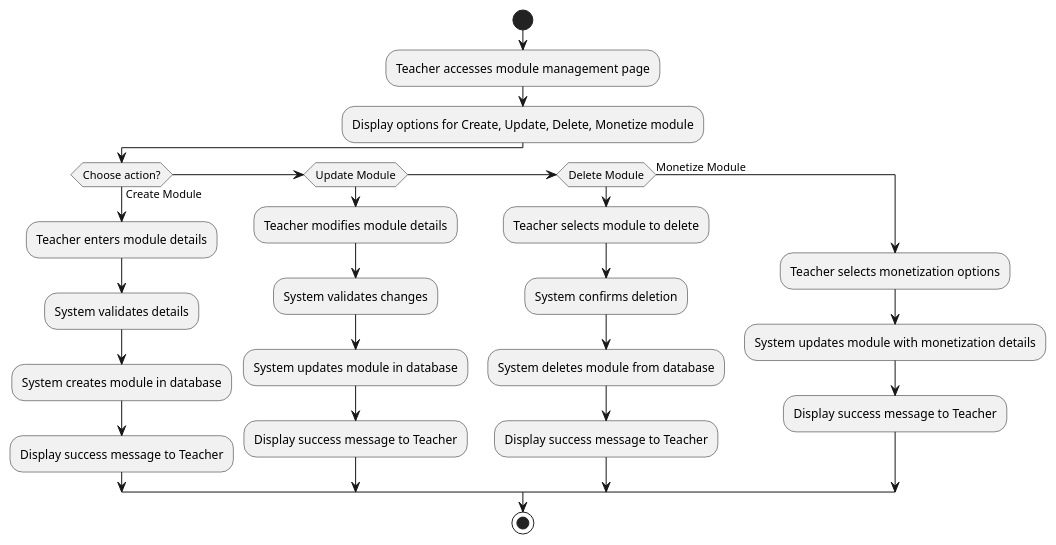
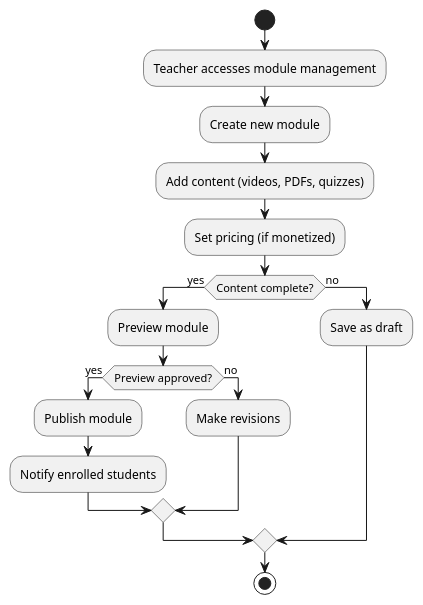
One commit to alexajuno/notes changed the diagram in projects/jamc/design/diagrams/module-management-activity-diagram.puml. Above: the diagram before and after it, drawn with PlantUML. The commit also changed 7 other files, not shown here.

```diff
--- a/projects/jamc/design/diagrams/module-management-activity-diagram.puml
+++ b/projects/jamc/design/diagrams/module-management-activity-diagram.puml
@@ -1,29 +1,23 @@
 @startuml module-management-activity-diagram
 
 start
-:Teacher accesses module management page;
-:Display options for Create, Update, Delete, Monetize module;
+:Teacher accesses module management;
+:Create new module;
+:Add content (videos, PDFs, quizzes);
+:Set pricing (if monetized);
 
-if (Choose action?) then (Create Module)
-    :Teacher enters module details;
-    :System validates details;
-    :System creates module in database;
-    :Display success message to Teacher;
-else if (Update Module)
-    :Teacher modifies module details;
-    :System validates changes;
-    :System updates module in database;
-    :Display success message to Teacher;
-else if (Delete Module)
-    :Teacher selects module to delete;
-    :System confirms deletion;
-    :System deletes module from database;
-    :Display success message to Teacher;
-else (Monetize Module)
-    :Teacher selects monetization options;
-    :System updates module with monetization details;
-    :Display success message to Teacher;
+if (Content complete?) then (yes)
+    :Preview module;
+    if (Preview approved?) then (yes)
+        :Publish module;
+        :Notify enrolled students;
+    else (no)
+        :Make revisions;
+    endif
+else (no)
+    :Save as draft;
 endif
 
 stop
+
 @enduml
```
